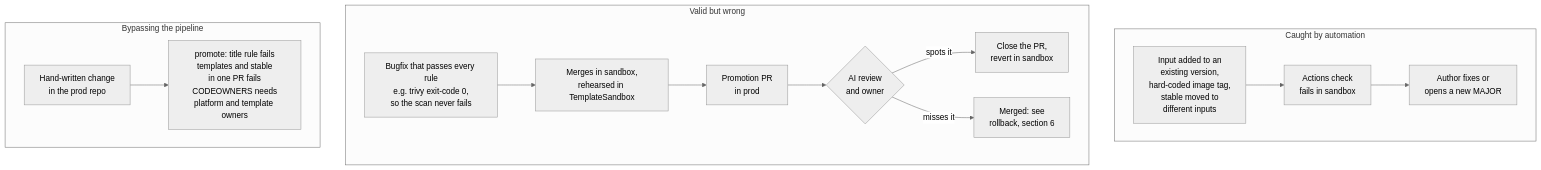
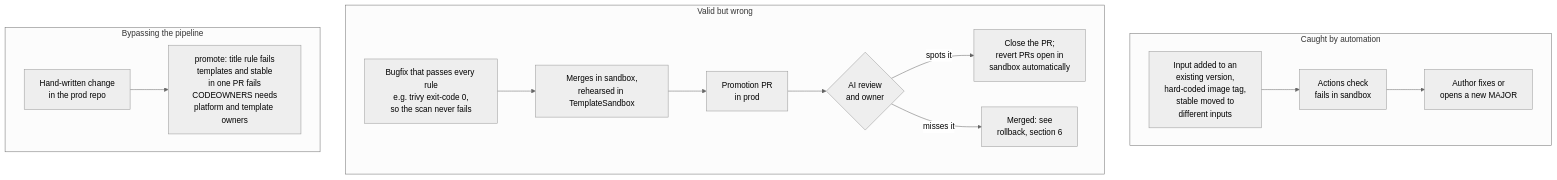
One commit to armory-io/harness-account-iacm changed the fourth of 7 diagrams in docs/PROMOTION-FLOW.md. Above: the diagram before and after it, drawn with Mermaid (neutral theme). The commit also changed other lines of this file, not shown here.

Commit message:
docs: rejected-promotion clean-up flow

````diff
--- a/docs/PROMOTION-FLOW.md
+++ b/docs/PROMOTION-FLOW.md
@@ -122,17 +124,17 @@
 ```mermaid
 flowchart TD
     subgraph CAUGHT_AUTO["Caught by automation"]
         A1["Input added to an<br/>existing version,<br/>hard-coded image tag,<br/>stable moved to<br/>different inputs"] --> A2["Actions check<br/>fails in sandbox"]
         A2 --> A3["Author fixes or<br/>opens a new MAJOR"]
     end
     subgraph CAUGHT_HUMAN["Valid but wrong"]
         B1["Bugfix that passes every rule<br/>e.g. trivy exit-code 0,<br/>so the scan never fails"] --> B2["Merges in sandbox,<br/>rehearsed in TemplateSandbox"]
         B2 --> B3["Promotion PR<br/>in prod"]
         B3 --> B4{"AI review<br/>and owner"}
-        B4 -->|spots it| B5["Close the PR,<br/>revert in sandbox"]
+        B4 -->|spots it| B5["Close the PR;<br/>revert PRs open in<br/>sandbox automatically"]
         B4 -->|misses it| B6["Merged: see<br/>rollback, section 6"]
     end
     subgraph DIRECT["Bypassing the pipeline"]
         C1["Hand-written change<br/>in the prod repo"] --> C2["promote: title rule fails<br/>templates and stable<br/>in one PR fails<br/>CODEOWNERS needs<br/>platform and template owners"]
     end
 ```
````
